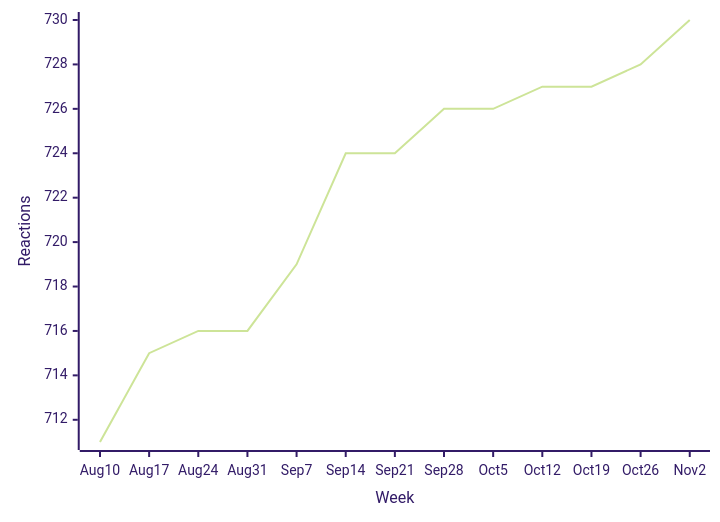
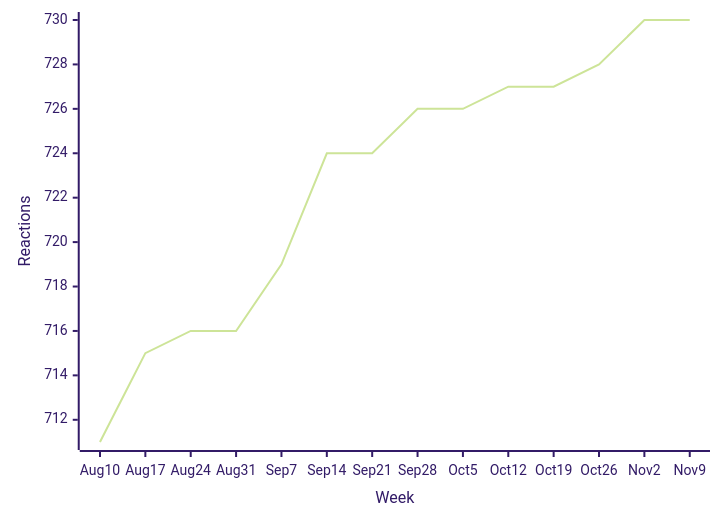
The first of 38 diagrams in README.md (loic-sharma/github-insights), drawn with Mermaid (forest theme) before and after one commit. The commit also changed other lines of this file and 3 other files, not shown here.

````diff
--- a/README.md
+++ b/README.md
@@ -324,6 +324,6 @@
   ```mermaid
   xychart-beta
-    x-axis "Week" [Aug 10, Aug 17, Aug 24, Aug 31, Sep 7, Sep 14, Sep 21, Sep 28, Oct 5, Oct 12, Oct 19, Oct 26, Nov 2]
+    x-axis "Week" [Aug 10, Aug 17, Aug 24, Aug 31, Sep 7, Sep 14, Sep 21, Sep 28, Oct 5, Oct 12, Oct 19, Oct 26, Nov 2, Nov 9]
     y-axis "Reactions"
-    line [711, 715, 716, 716, 719, 724, 724, 726, 726, 727, 727, 728, 730]
+    line [711, 715, 716, 716, 719, 724, 724, 726, 726, 727, 727, 728, 730, 730]
   ```
````
